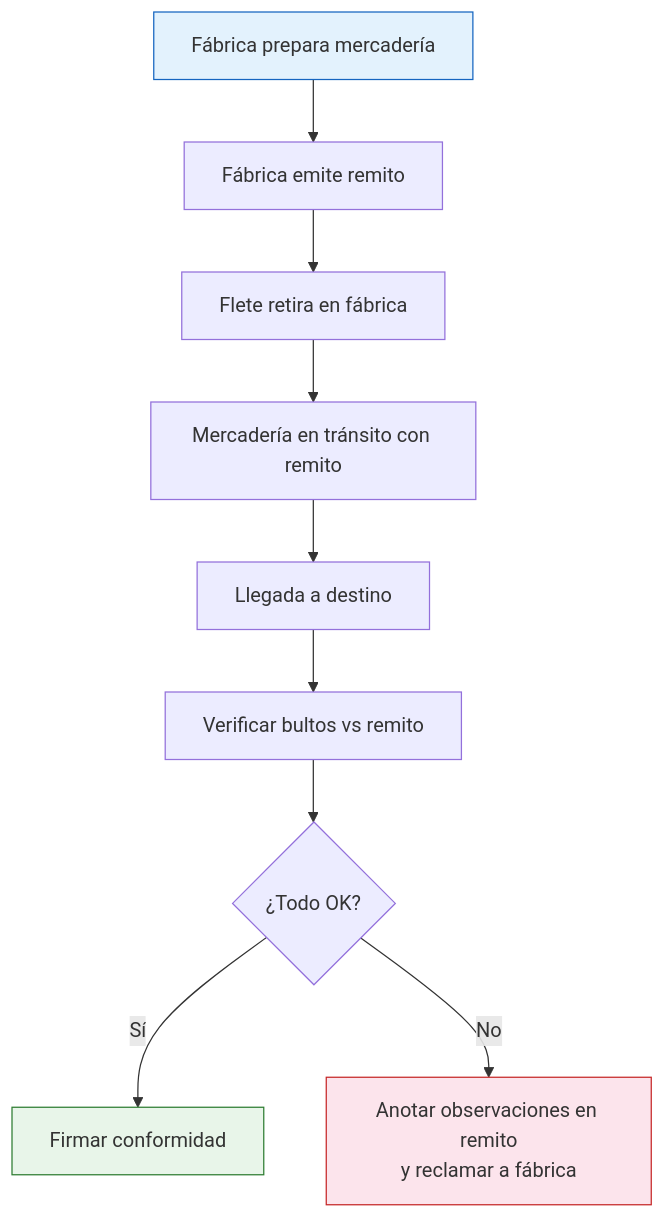
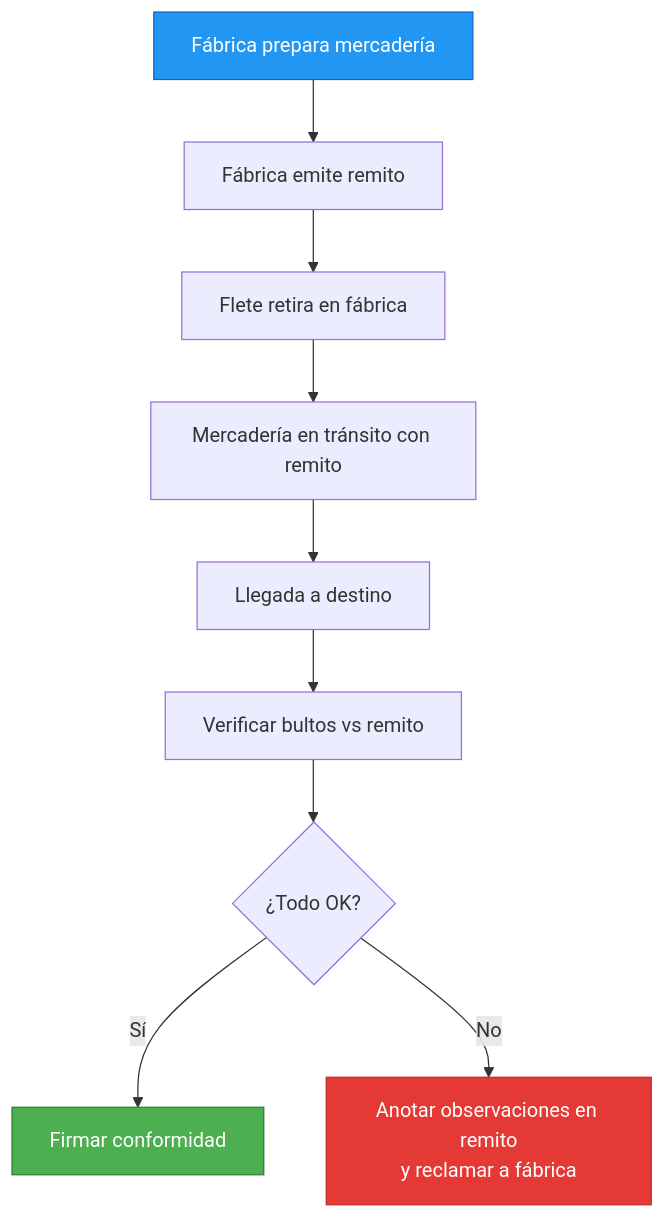
One commit to barrosignacioezequiel-coder/docs changed the diagram in app/paso1-argentina/evaluar-negociar/remito-transporte.mdx. Above: the diagram before and after it, drawn with Mermaid. The commit also changed 66 other files, not shown here.

First line of the commit message:
fix: resolve Mermaid v11 numbered list errors + improve contrast

````diff
--- a/app/paso1-argentina/evaluar-negociar/remito-transporte.mdx
+++ b/app/paso1-argentina/evaluar-negociar/remito-transporte.mdx
@@ -116,15 +116,15 @@
 ```mermaid
 graph TD
     A["Fábrica prepara mercadería"] --> B["Fábrica emite remito"]
     B --> C["Flete retira en fábrica"]
     C --> D["Mercadería en tránsito con remito"]
     D --> E["Llegada a destino"]
     E --> F["Verificar bultos vs remito"]
     F --> G{"¿Todo OK?"}
     G -->|Sí| H["Firmar conformidad"]
     G -->|No| I["Anotar observaciones en remito<br/>y reclamar a fábrica"]
 
-    style A fill:#e3f2fd,stroke:#1565c0
-    style H fill:#e8f5e9,stroke:#2e7d32
-    style I fill:#fce4ec,stroke:#c62828
+    style A fill:#2196f3,stroke:#1565c0,color:#fff
+    style H fill:#4caf50,stroke:#2e7d32,color:#fff
+    style I fill:#e53935,stroke:#c62828,color:#fff
 ```
````
